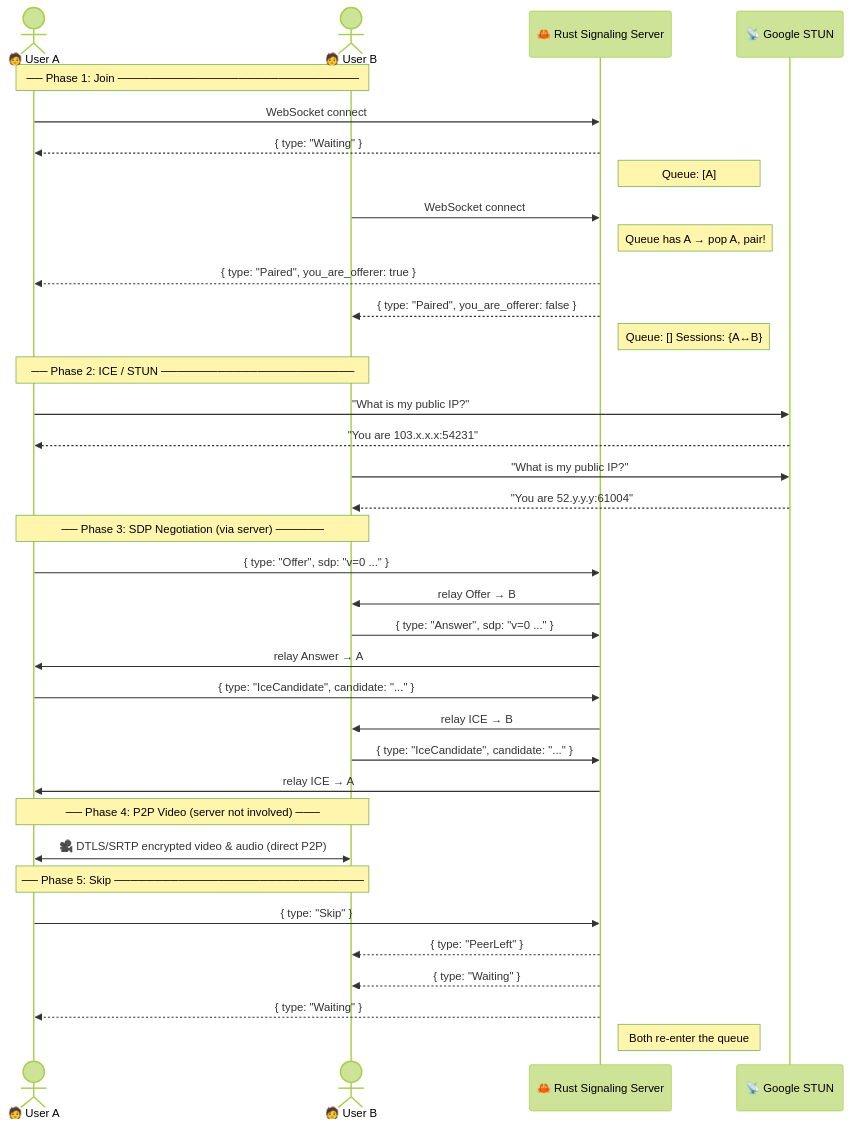
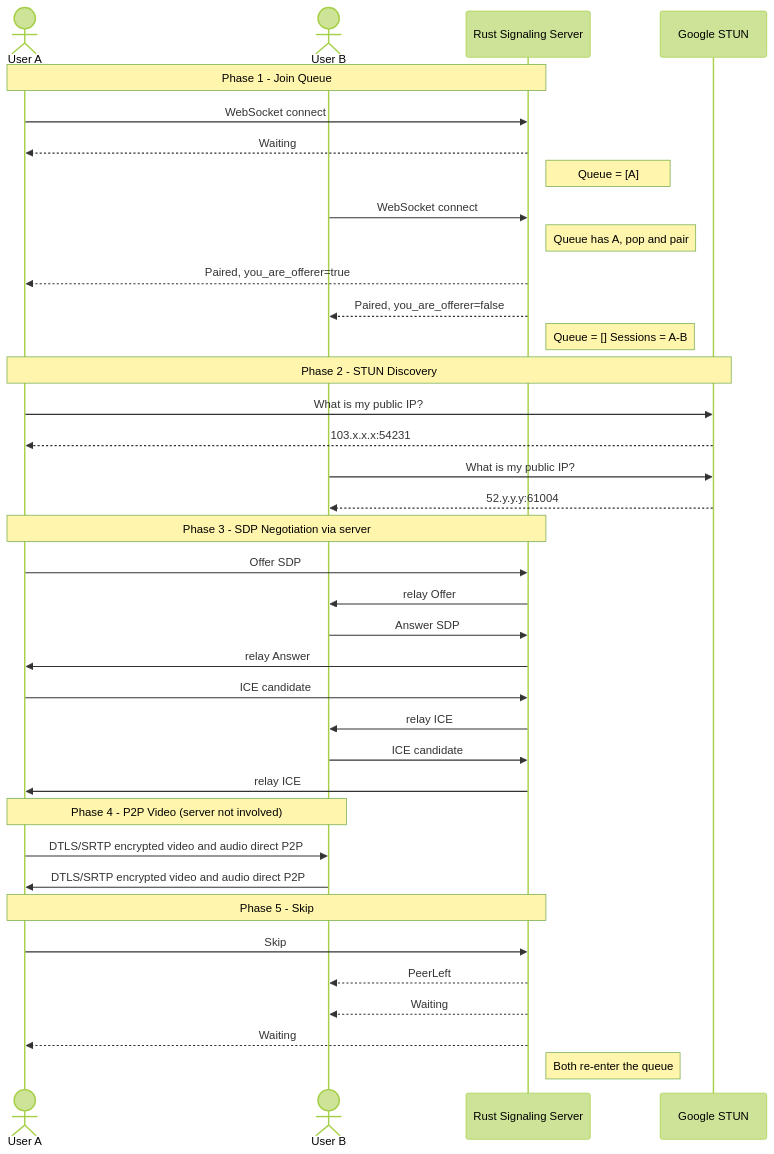
One commit to varshith-Git/MisMatch changed the first of 3 diagrams in ARCHITECTURE.md. Above: the diagram before and after it, drawn with Mermaid (forest theme). The commit also changed other lines of this file, not shown here.

First line of the commit message:
fix: correct all Mermaid syntax errors in ARCHITECTURE.md

````diff
--- a/ARCHITECTURE.md
+++ b/ARCHITECTURE.md
@@ -20,49 +20,50 @@
 ```mermaid
 sequenceDiagram
-    actor A as 🧑 User A
-    actor B as 🧑 User B
-    participant RS as 🦀 Rust Signaling Server
-    participant ST as 📡 Google STUN
+    actor A as User A
+    actor B as User B
+    participant RS as Rust Signaling Server
+    participant ST as Google STUN
 
-    Note over A,B: ── Phase 1: Join ──────────────────────────────
+    Note over A,RS: Phase 1 - Join Queue
 
     A->>RS: WebSocket connect
-    RS-->>A: { type: "Waiting" }
-    Note right of RS: Queue: [A]
+    RS-->>A: Waiting
+    Note right of RS: Queue = [A]
 
     B->>RS: WebSocket connect
-    Note right of RS: Queue has A → pop A, pair!
-    RS-->>A: { type: "Paired", you_are_offerer: true }
-    RS-->>B: { type: "Paired", you_are_offerer: false }
-    Note right of RS: Queue: [] Sessions: {A↔B}
+    Note right of RS: Queue has A, pop and pair
+    RS-->>A: Paired, you_are_offerer=true
+    RS-->>B: Paired, you_are_offerer=false
+    Note right of RS: Queue = [] Sessions = A-B
 
-    Note over A,B: ── Phase 2: ICE / STUN ────────────────────────
+    Note over A,ST: Phase 2 - STUN Discovery
 
-    A->>ST: "What is my public IP?"
-    ST-->>A: "You are 103.x.x.x:54231"
-    B->>ST: "What is my public IP?"
-    ST-->>B: "You are 52.y.y.y:61004"
+    A->>ST: What is my public IP?
+    ST-->>A: 103.x.x.x:54231
+    B->>ST: What is my public IP?
+    ST-->>B: 52.y.y.y:61004
 
-    Note over A,B: ── Phase 3: SDP Negotiation (via server) ──────
+    Note over A,RS: Phase 3 - SDP Negotiation via server
 
-    A->>RS: { type: "Offer", sdp: "v=0 ..." }
-    RS->>B: relay Offer → B
-    B->>RS: { type: "Answer", sdp: "v=0 ..." }
-    RS->>A: relay Answer → A
-    A->>RS: { type: "IceCandidate", candidate: "..." }
-    RS->>B: relay ICE → B
-    B->>RS: { type: "IceCandidate", candidate: "..." }
-    RS->>A: relay ICE → A
+    A->>RS: Offer SDP
+    RS->>B: relay Offer
+    B->>RS: Answer SDP
+    RS->>A: relay Answer
+    A->>RS: ICE candidate
+    RS->>B: relay ICE
+    B->>RS: ICE candidate
+    RS->>A: relay ICE
 
-    Note over A,B: ── Phase 4: P2P Video (server not involved) ───
+    Note over A,B: Phase 4 - P2P Video (server not involved)
 
-    A<<->>B: 🎥 DTLS/SRTP encrypted video & audio (direct P2P)
+    A->>B: DTLS/SRTP encrypted video and audio direct P2P
+    B->>A: DTLS/SRTP encrypted video and audio direct P2P
 
-    Note over A,B: ── Phase 5: Skip ───────────────────────────────
+    Note over A,RS: Phase 5 - Skip
 
-    A->>RS: { type: "Skip" }
-    RS-->>B: { type: "PeerLeft" }
-    RS-->>B: { type: "Waiting" }
-    RS-->>A: { type: "Waiting" }
+    A->>RS: Skip
+    RS-->>B: PeerLeft
+    RS-->>B: Waiting
+    RS-->>A: Waiting
     Note right of RS: Both re-enter the queue
 ```
````
